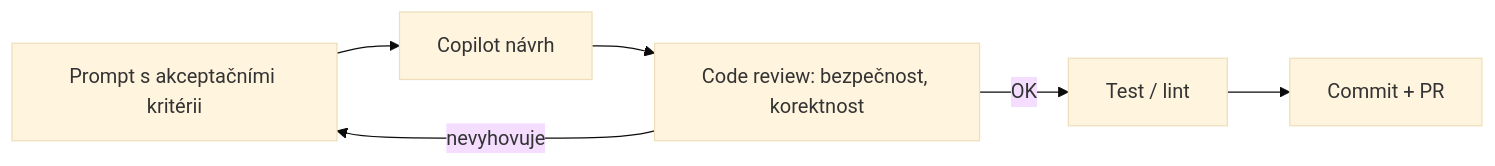
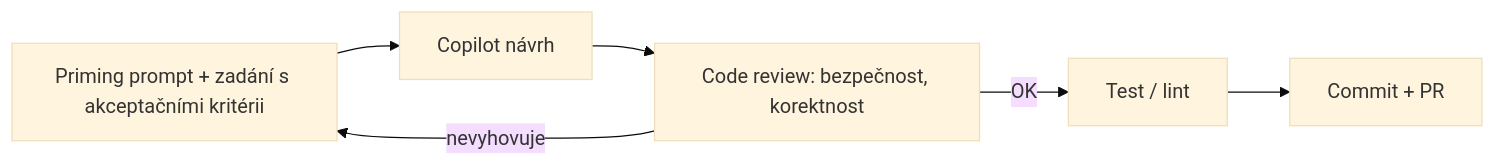
One commit to MalasekPetr/gopas-goc223 changed the diagram in day-1/vscode-copilot-env/README.md. Above: the diagram before and after it, drawn with Mermaid (base theme). The commit also changed other lines of this file and 39 other files, not shown here.

````diff
--- a/day-1/vscode-copilot-env/README.md
+++ b/day-1/vscode-copilot-env/README.md
@@ -34,8 +42,8 @@
 ```mermaid
 flowchart LR
-  A[Prompt s akceptačními kritérii] --> B[Copilot návrh]
+  A[Priming prompt + zadání s akceptačními kritérii] --> B[Copilot návrh]
   B --> C[Code review: bezpečnost, korektnost]
   C -->|OK| D[Test / lint]
   C -->|nevyhovuje| A
   D --> E[Commit + PR]
 ```
````
